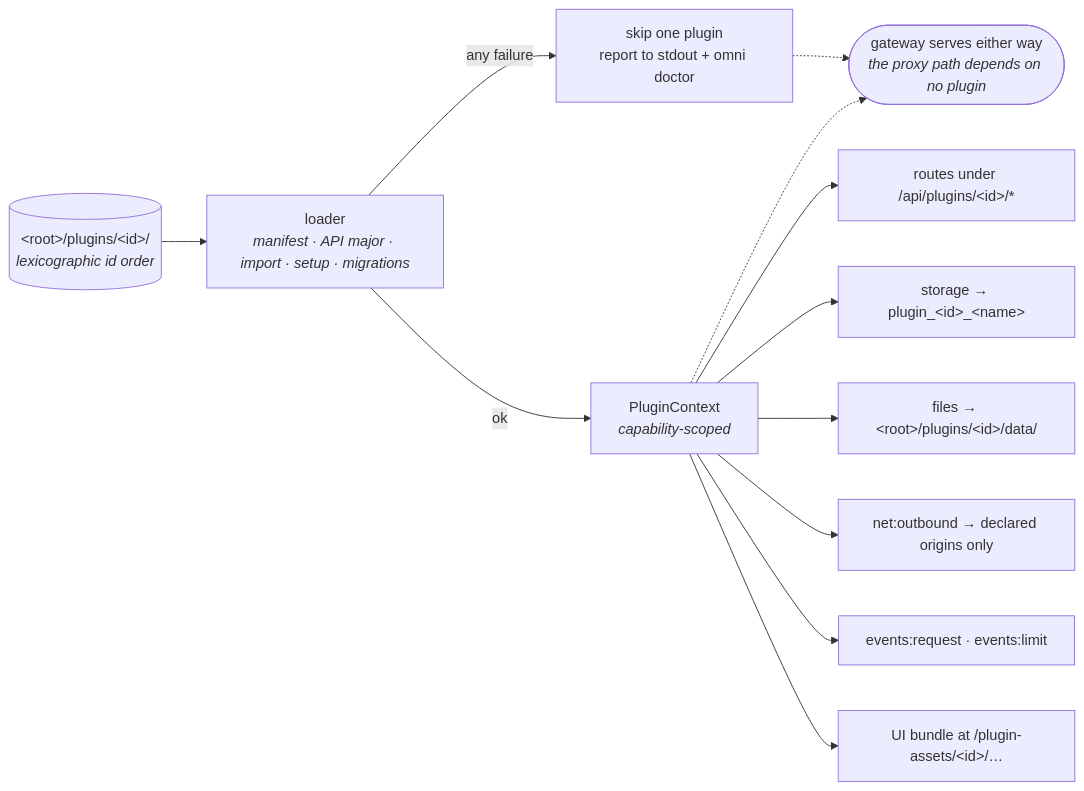
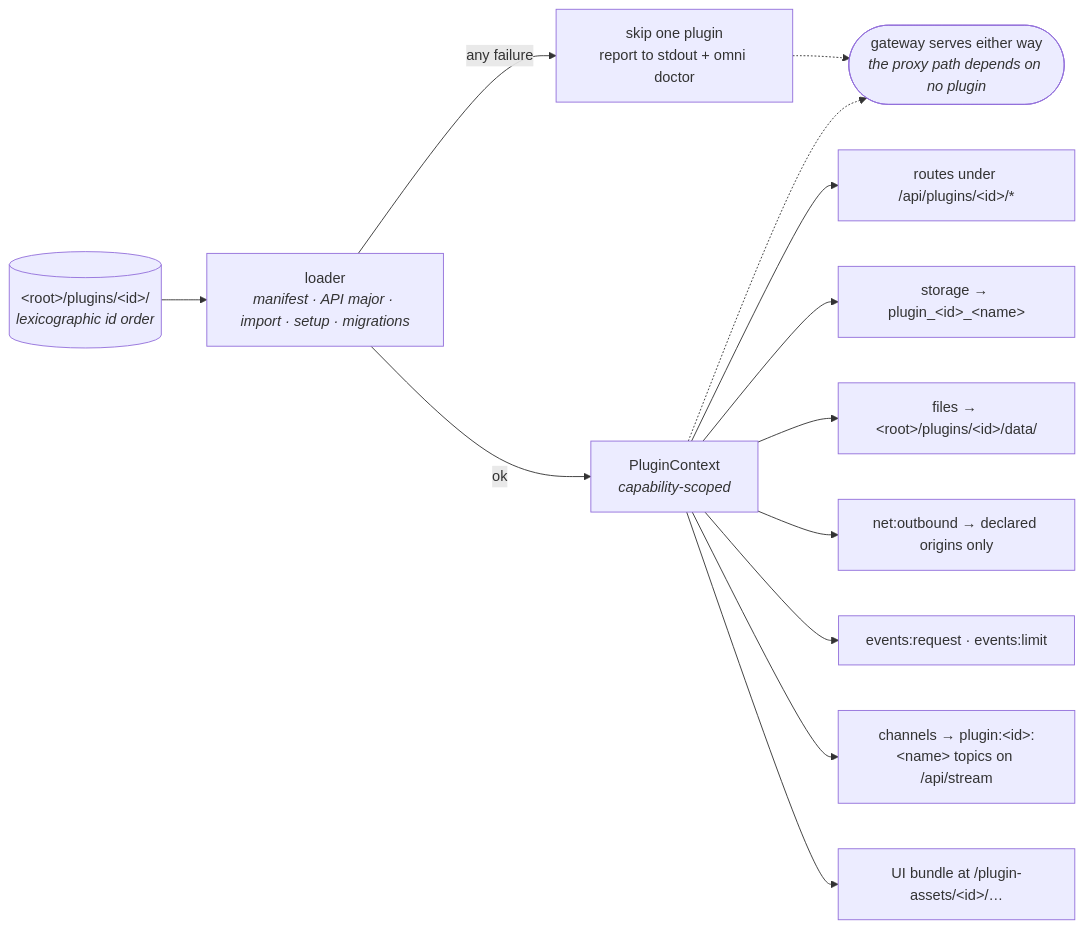
One commit to harismawan/omnigateway changed diagram 11 of 16 in ARCHITECTURE.md. Above: the diagram before and after it, drawn with Mermaid. The commit also changed other lines of this file and 17 other files, not shown here.

````diff
--- a/ARCHITECTURE.md
+++ b/ARCHITECTURE.md
@@ -474,16 +487,17 @@
 ```mermaid
 flowchart LR
   disk[("&lt;root&gt;/plugins/&lt;id&gt;/<br/><i>lexicographic id order</i>")] --> load["loader<br/><i>manifest · API major · import · setup · migrations</i>"]
   load -- "any failure" --> skip["skip one plugin<br/>report to stdout + omni doctor"]
   load -- ok --> ctx["PluginContext<br/><i>capability-scoped</i>"]
 
   ctx --> routes["routes under /api/plugins/&lt;id&gt;/*"]
   ctx --> store["storage → plugin_&lt;id&gt;_&lt;name&gt;"]
   ctx --> files["files → &lt;root&gt;/plugins/&lt;id&gt;/data/"]
   ctx --> net["net:outbound → declared origins only"]
   ctx --> events["events:request · events:limit"]
+  ctx --> channels["channels → plugin:&lt;id&gt;:&lt;name&gt; topics on /api/stream"]
   ctx --> ui["UI bundle at /plugin-assets/&lt;id&gt;/…"]
 
   skip -.-> serving(["gateway serves either way<br/><i>the proxy path depends on no plugin</i>"])
   ctx -.-> serving
 ```
````
